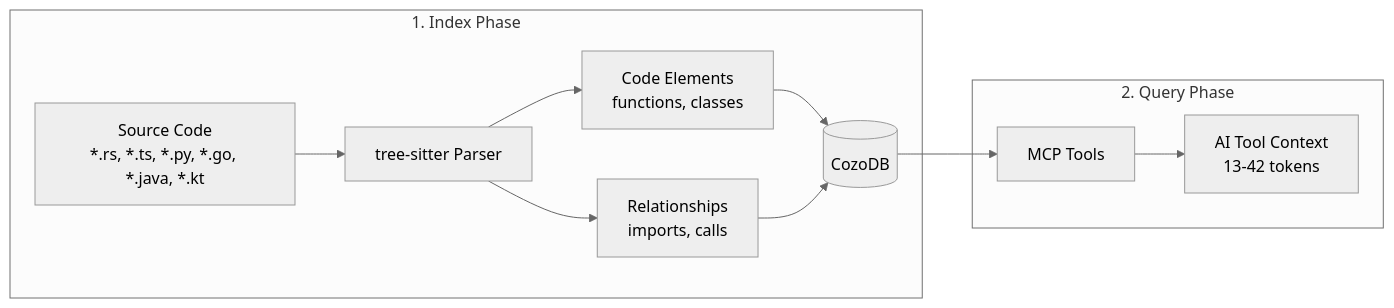
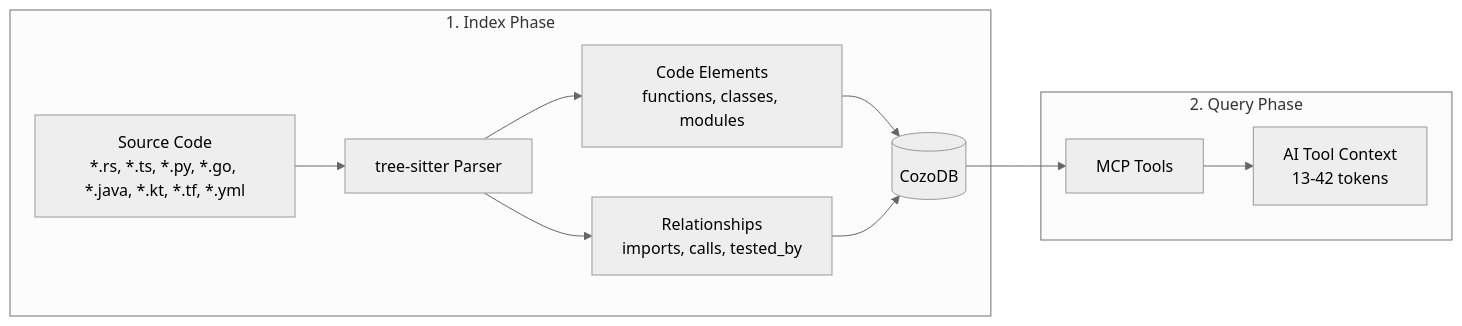
The third of 3 diagrams in README.md (FreePeak/LeanKG), drawn with Mermaid (neutral theme) before and after one commit. The commit also changed other lines of this file, not shown here.

````diff
--- a/README.md
+++ b/README.md
@@ -218,15 +218,15 @@
 ```mermaid
 graph LR
     subgraph "1. Index Phase"
-        A["Source Code<br/>*.rs, *.ts, *.py, *.go, *.java, *.kt"] --> B["tree-sitter Parser"]
-        B --> C["Code Elements<br/>functions, classes"]
-        B --> D["Relationships<br/>imports, calls"]
+        A["Source Code<br/>*.rs, *.ts, *.py, *.go, *.java, *.kt, *.tf, *.yml"] --> B["tree-sitter Parser"]
+        B --> C["Code Elements<br/>functions, classes, modules"]
+        B --> D["Relationships<br/>imports, calls, tested_by"]
         C --> E[("CozoDB")]
         D --> E
     end
     
     subgraph "2. Query Phase"
         E --> F["MCP Tools"]
         F --> G["AI Tool Context<br/>13-42 tokens"]
     end
 ```
````
